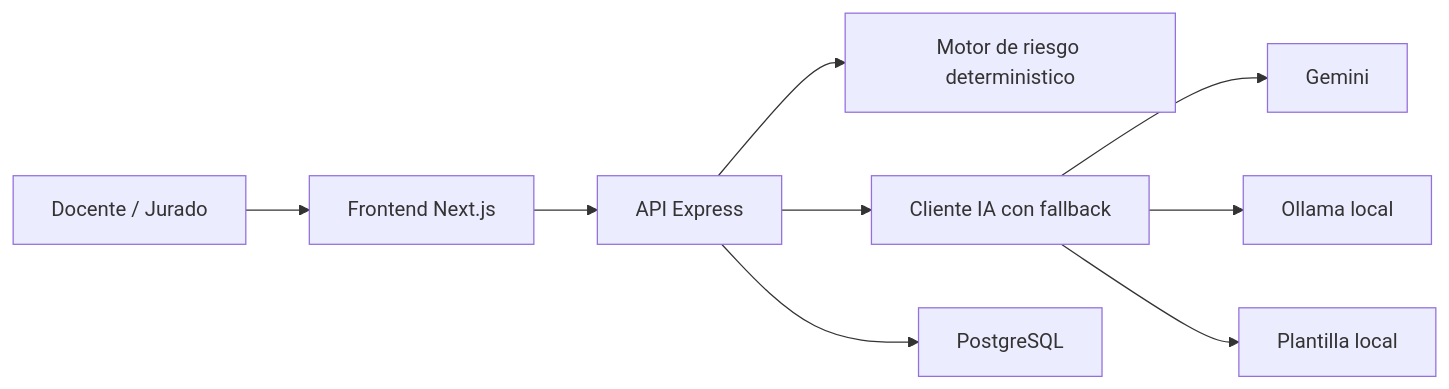
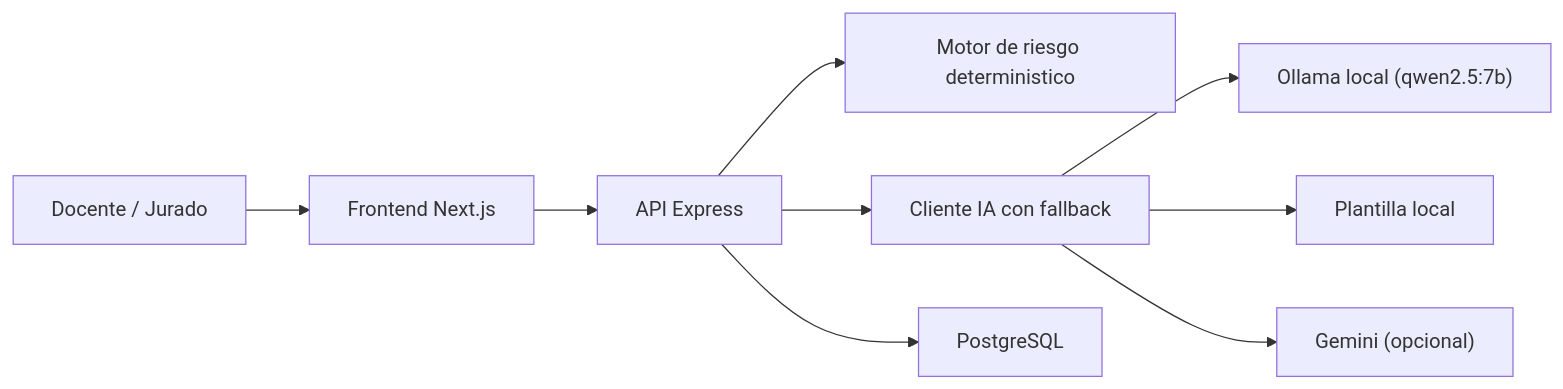
Before and after one commit to Alexismenethil/hackaton2026: the diagram in README.md, drawn with Mermaid. The commit also changed other lines of this file and 11 other files, not shown here.

````diff
--- a/README.md
+++ b/README.md
@@ -28,11 +28,11 @@
 ```mermaid
 flowchart LR
     A["Docente / Jurado"] --> B["Frontend Next.js"]
     B --> C["API Express"]
     C --> D["Motor de riesgo deterministico"]
     C --> E["Cliente IA con fallback"]
     C --> F["PostgreSQL"]
-    E --> G["Gemini"]
-    E --> H["Ollama local"]
+    E --> H["Ollama local (qwen2.5:7b)"]
     E --> I["Plantilla local"]
+    E --> G["Gemini (opcional)"]
 ```
````
